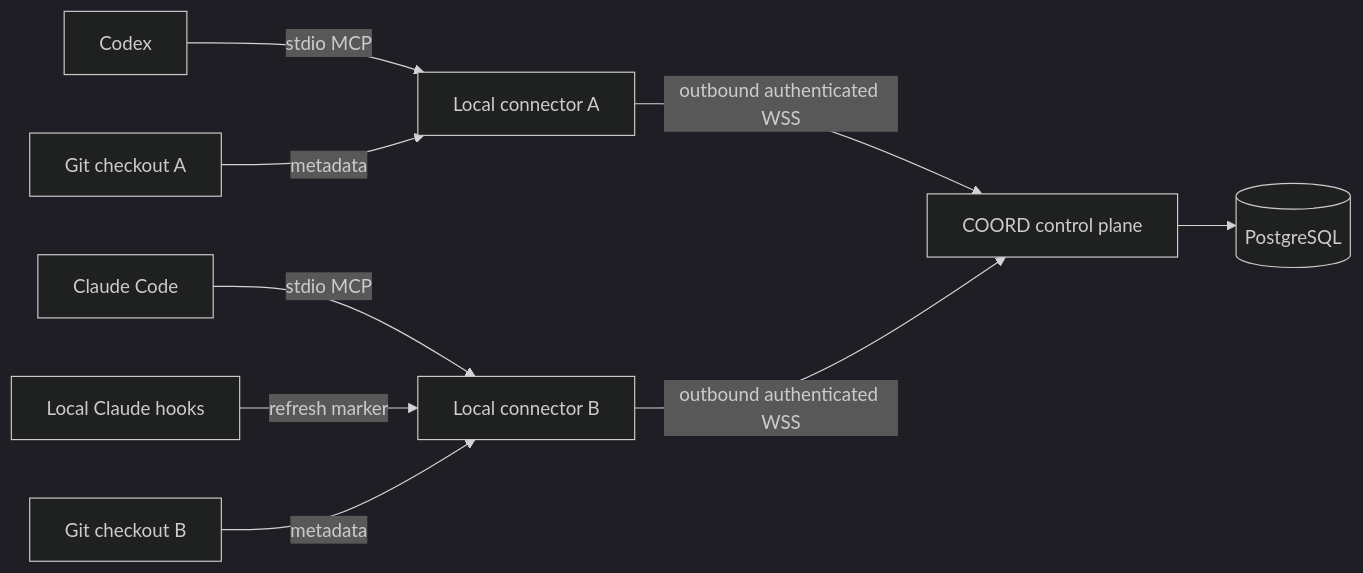
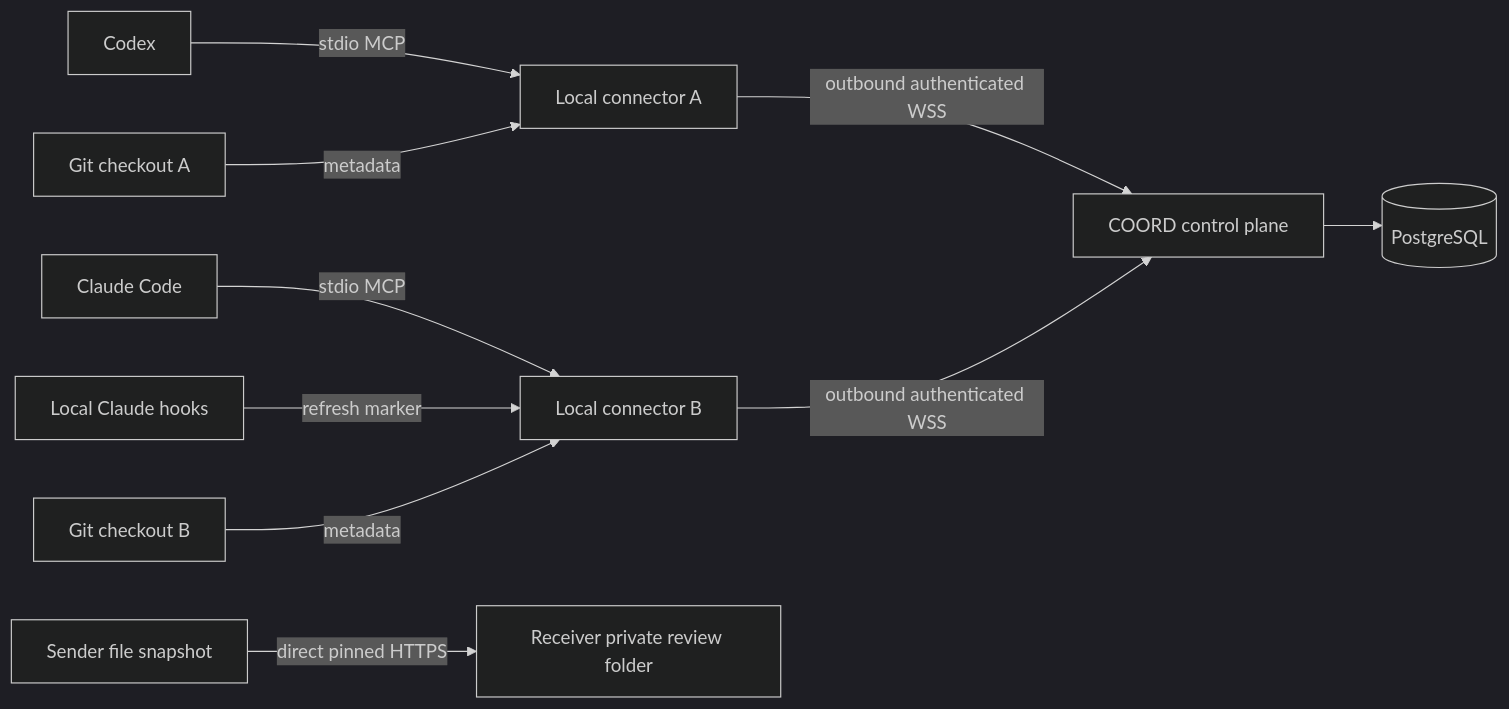
One commit to nddn121415/COORD-STARTUP changed the diagram in docs/ARCHITECTURE.md. Above: the diagram before and after it, drawn with Mermaid (dark theme). The commit also changed other lines of this file and 18 other files, not shown here.

Commit message:
Add direct encrypted peer file transfers

````diff
--- a/docs/ARCHITECTURE.md
+++ b/docs/ARCHITECTURE.md
@@ -5,11 +5,12 @@
 ```mermaid
 flowchart LR
   Codex -->|stdio MCP| A[Local connector A]
   Claude[Claude Code] -->|stdio MCP| B[Local connector B]
   Hooks[Local Claude hooks] -->|refresh marker| B
   GitA[Git checkout A] -->|metadata| A
   GitB[Git checkout B] -->|metadata| B
   A -->|outbound authenticated WSS| Server[COORD control plane]
   B -->|outbound authenticated WSS| Server
   Server --> PG[(PostgreSQL)]
+  PeerA[Sender file snapshot] -->|direct pinned HTTPS| PeerB[Receiver private review folder]
 ```
````
